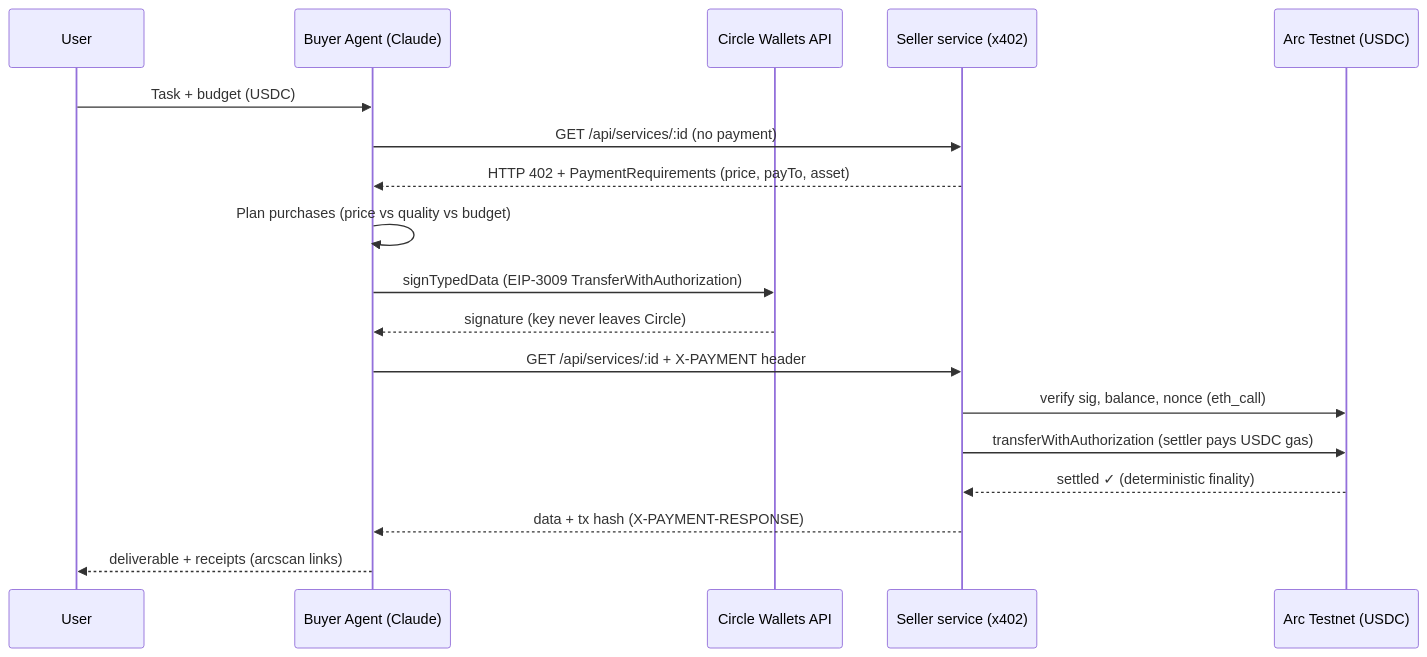
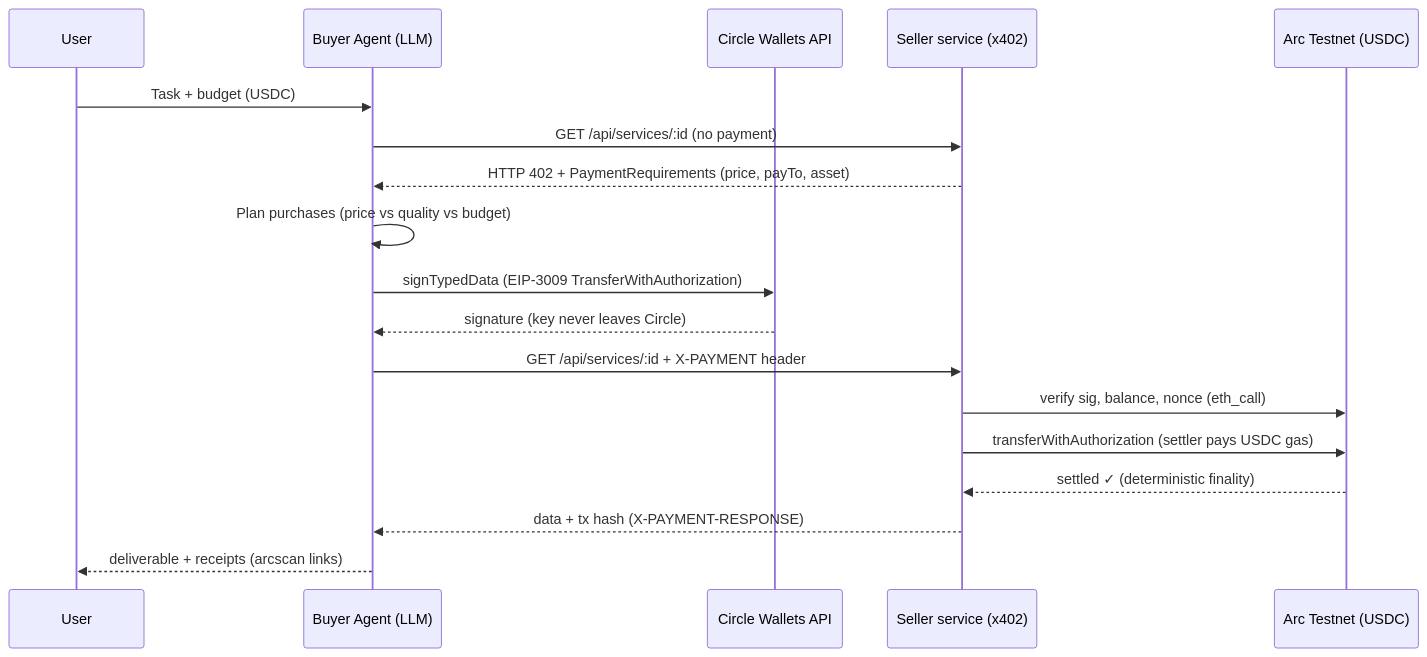
The diagram in README.md (blinks-labs/agentsouq), drawn with Mermaid before and after one commit. The commit also changed other lines of this file and 5 other files, not shown here.

Commit message:
Switch agent LLM to DeepSeek via OpenRouter

````diff
--- a/README.md
+++ b/README.md
@@ -23,21 +23,21 @@
 ```mermaid
 sequenceDiagram
     participant U as User
-    participant A as Buyer Agent (Claude)
+    participant A as Buyer Agent (LLM)
     participant CW as Circle Wallets API
     participant S as Seller service (x402)
     participant Arc as Arc Testnet (USDC)
 
     U->>A: Task + budget (USDC)
     A->>S: GET /api/services/:id (no payment)
     S-->>A: HTTP 402 + PaymentRequirements (price, payTo, asset)
     A->>A: Plan purchases (price vs quality vs budget)
     A->>CW: signTypedData (EIP-3009 TransferWithAuthorization)
     CW-->>A: signature (key never leaves Circle)
     A->>S: GET /api/services/:id + X-PAYMENT header
     S->>Arc: verify sig, balance, nonce (eth_call)
     S->>Arc: transferWithAuthorization (settler pays USDC gas)
     Arc-->>S: settled ✓ (deterministic finality)
     S-->>A: data + tx hash (X-PAYMENT-RESPONSE)
     A-->>U: deliverable + receipts (arcscan links)
 ```
````
